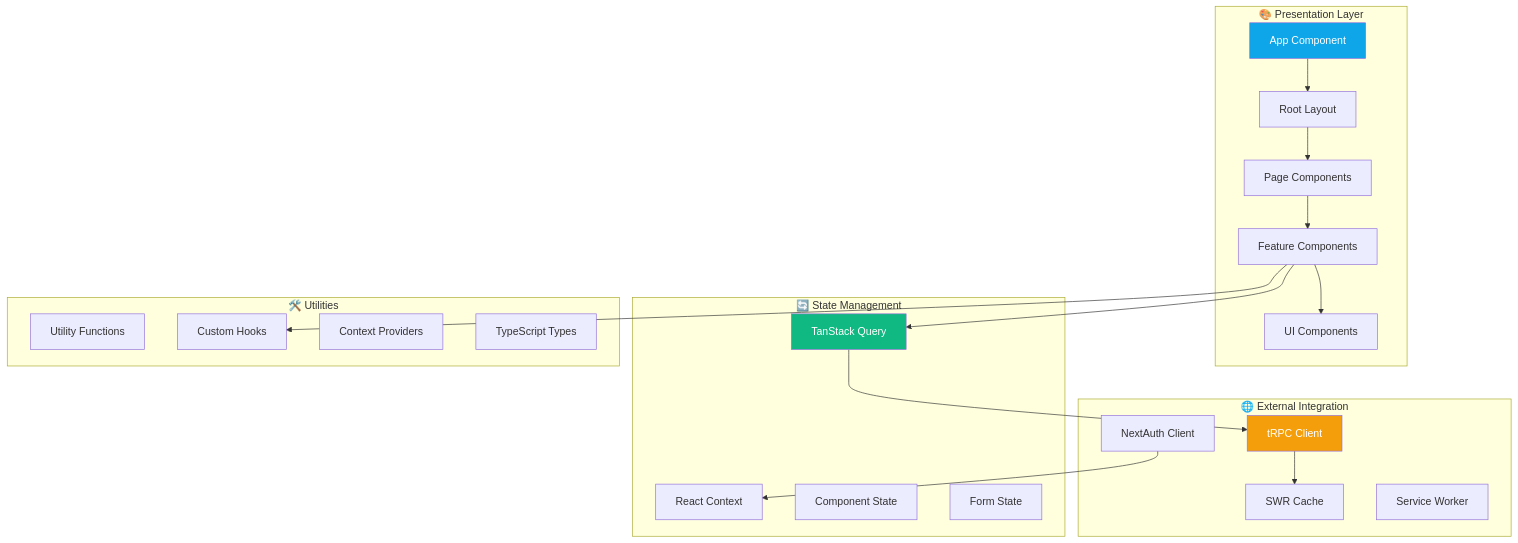
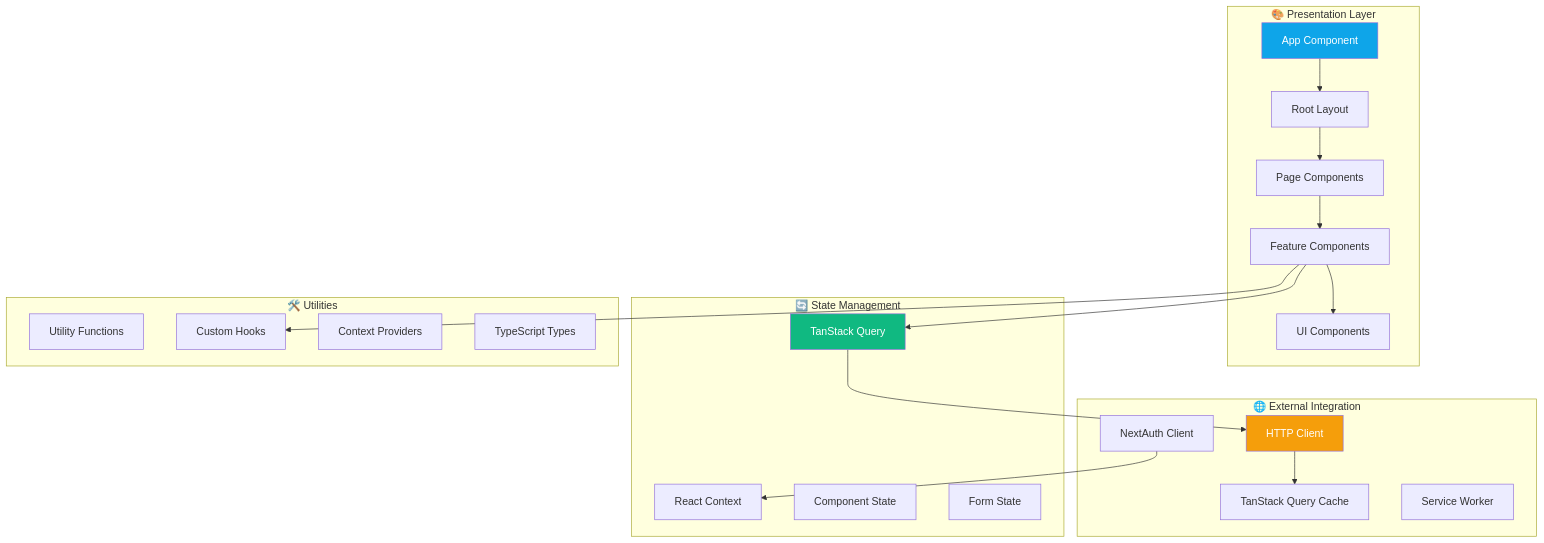
The fourth of 24 diagrams in docs/development/architecture.md (BjornMelin/contribux), drawn with Mermaid before and after one commit. The commit also changed other lines of this file and 79 other files, not shown here.

````diff
--- a/docs/development/architecture.md
+++ b/docs/development/architecture.md
@@ -188,45 +188,45 @@
 ```mermaid
 graph TD
     subgraph "🎨 Presentation Layer"
         App[App Component]
         Layout[Root Layout]
         Pages[Page Components]
         Features[Feature Components]
         UI[UI Components]
     end
     
     subgraph "🔄 State Management"
         TanStack[TanStack Query]
         Context[React Context]
         State[Component State]
         Forms[Form State]
     end
     
     subgraph "🛠️ Utilities"
         Utils[Utility Functions]
         Hooks[Custom Hooks]
         Providers[Context Providers]
         Types[TypeScript Types]
     end
     
     subgraph "🌐 External Integration"
-        API[tRPC Client]
+        API[HTTP Client]
         Auth[NextAuth Client]
-        Cache[SWR Cache]
+        Cache[TanStack Query Cache]
         PWA[Service Worker]
     end
     
     App --> Layout
     Layout --> Pages
     Pages --> Features
     Features --> UI
     Features --> TanStack
     Features --> Hooks
     TanStack --> API
     API --> Cache
     Auth --> Context
     
     style App fill:#0EA5E9,color:#fff
     style TanStack fill:#10B981,color:#fff
     style API fill:#F59E0B,color:#fff
 ```
````
